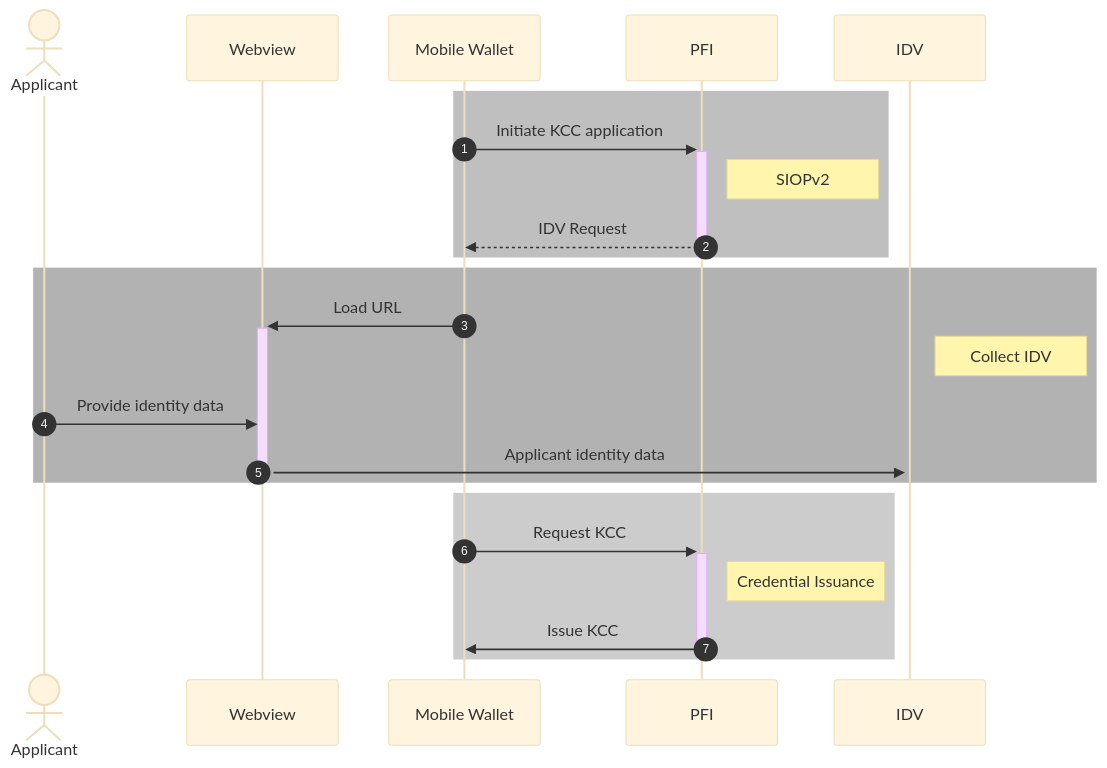
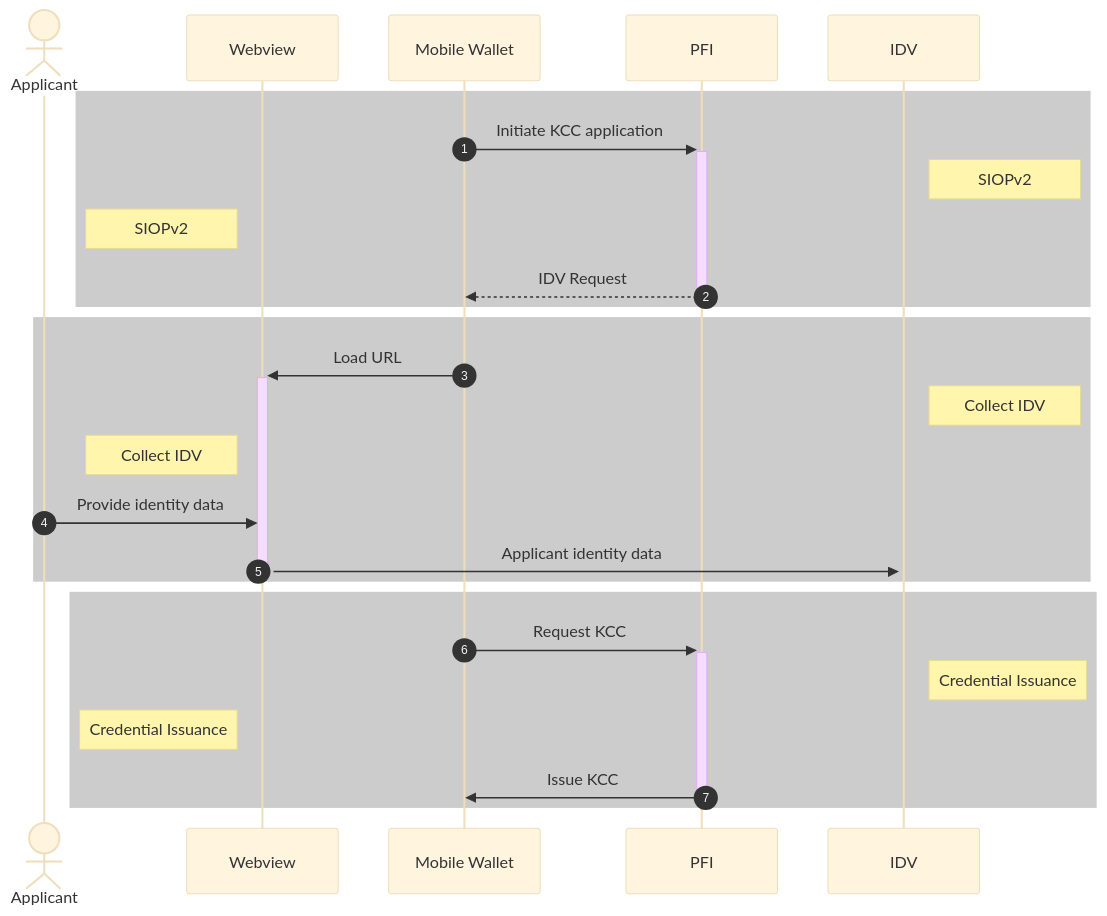
The first of 6 diagrams in README.md (TBD54566975/known-customer-credential), drawn with Mermaid (base theme) before and after one commit.

Commit message:
mermaid things 🧜🏼

````diff
--- a/README.md
+++ b/README.md
@@ -194,28 +194,31 @@
 ```mermaid
 sequenceDiagram
 autonumber
 
 actor A as Applicant
 participant W as Webview
 participant D as Mobile Wallet
 participant P as PFI
 participant I as IDV
 
-rect rgba(0, 0, 0, 0.25)
+rect rgba(0, 0, 0, 0.2)
     D->>+P: Initiate KCC application
-    Note right of P: SIOPv2
+    Note right of I: SIOPv2
+    Note left of W: SIOPv2
     P-->>-D: IDV Request
 end
-rect rgba(0, 0, 0, 0.3)
+rect rgba(0, 0, 0, 0.2)
     D->>+W: Load URL
     Note right of I: Collect IDV
+    Note left of W: Collect IDV
     A->>W: Provide identity data
     W->>+I: Applicant identity data
     deactivate W
 end
 rect rgba(0, 0, 0, 0.2)
     D->>+P: Request KCC
-    Note right of P: Credential Issuance
+    Note right of I: Credential Issuance
+    Note left of W: Credential Issuance
     P->>-D: Issue KCC
 end
 ```
````
